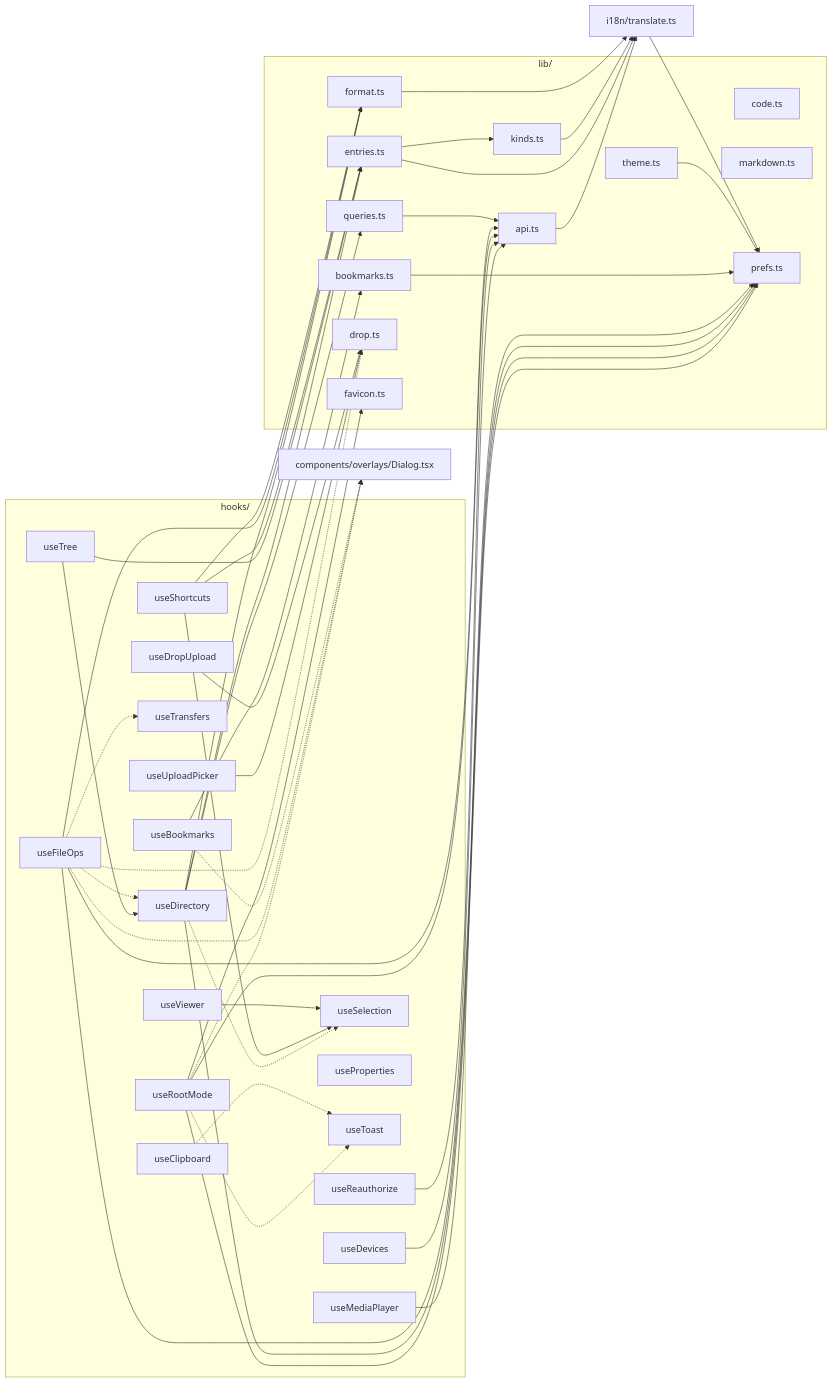
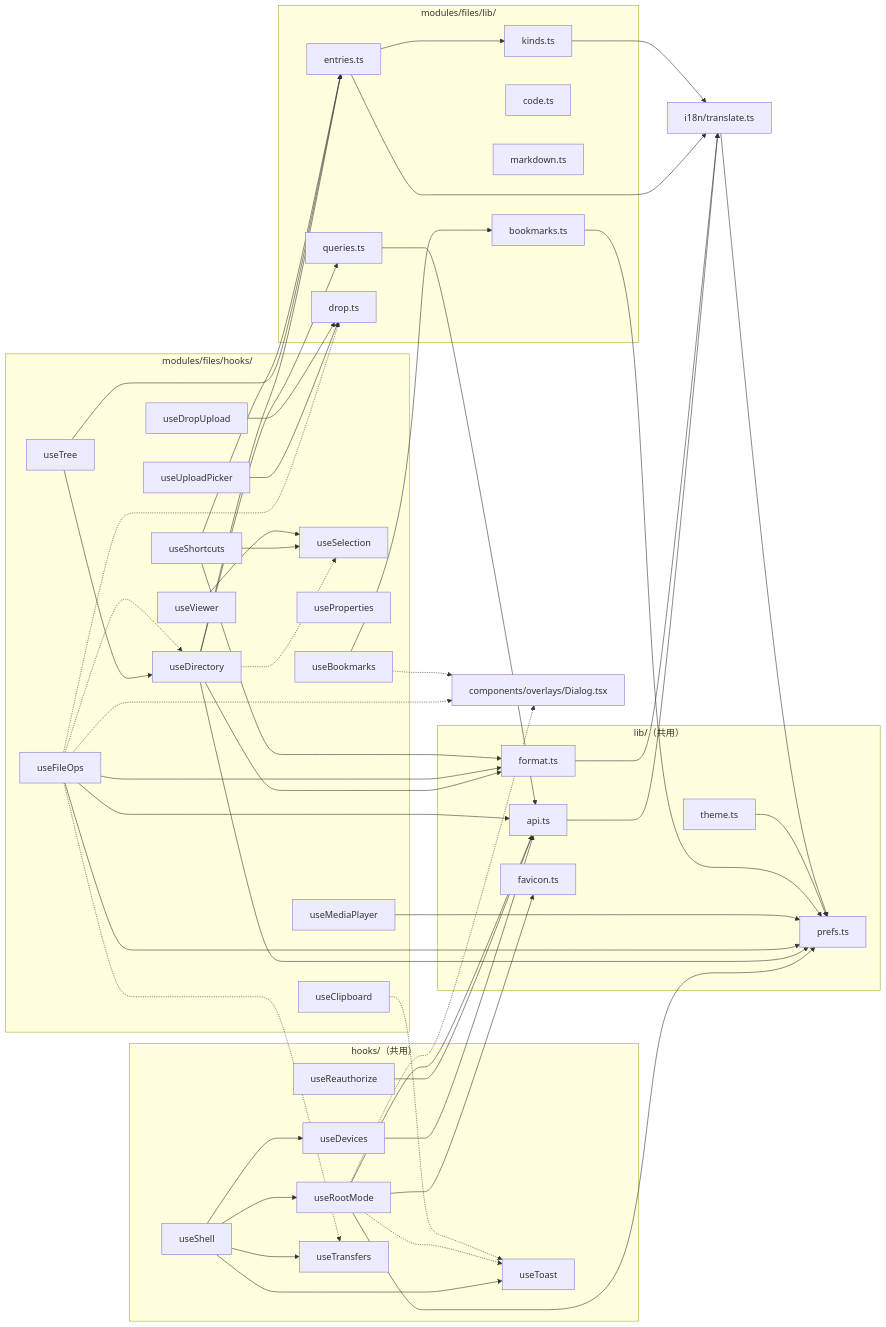
The sixth of 12 diagrams in docs/architecture.md (wynnyu/adb-file-manager), drawn with Mermaid before and after one commit. The commit also changed other lines of this file and 3 other files, not shown here.

````diff
--- a/docs/architecture.md
+++ b/docs/architecture.md
@@ -193,9 +242,15 @@
 ```mermaid
 flowchart LR
-  subgraph hooks["hooks/"]
+  subgraph shellHooks["hooks/（共用）"]
+    useShell
     useDevices
     useReauthorize
     useRootMode
+    useTransfers
+    useToast
+  end
+
+  subgraph filesHooks["modules/files/hooks/"]
     useSelection
     useDirectory
     useTree
@@ -203,8 +258,6 @@
     useProperties
     useClipboard
     useBookmarks
-    useTransfers
-    useToast
     useShortcuts
     useViewer
     useMediaPlayer
@@ -212,24 +265,31 @@
     useDropUpload
   end
 
-  subgraph lib["lib/"]
+  subgraph lib["lib/（共用）"]
     api["api.ts"]
+    format["format.ts"]
+    prefs["prefs.ts"]
+    theme["theme.ts"]
+    favicon["favicon.ts"]
+  end
+
+  subgraph filesLib["modules/files/lib/"]
     queries["queries.ts"]
     entries["entries.ts"]
     kinds["kinds.ts"]
     code["code.ts"]
     markdown["markdown.ts"]
-    format["format.ts"]
-    prefs["prefs.ts"]
     bookmarks["bookmarks.ts"]
     drop["drop.ts"]
-    theme["theme.ts"]
-    favicon["favicon.ts"]
   end
 
   translate["i18n/translate.ts"]
   Dialog["components/overlays/Dialog.tsx"]
 
+  useShell --> useDevices
+  useShell --> useRootMode
+  useShell --> useToast
+  useShell --> useTransfers
   useDevices --> api
   useReauthorize --> api
   useRootMode --> api
````
